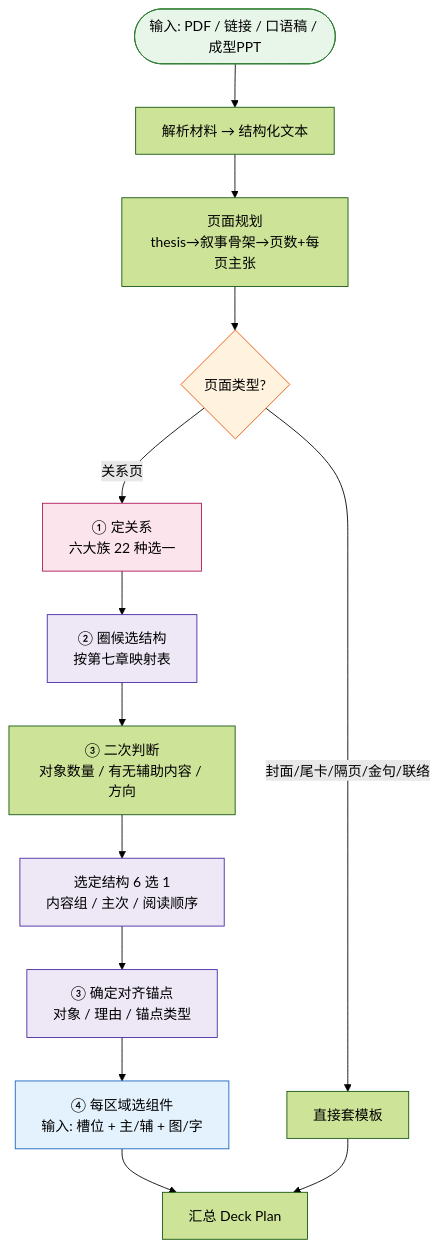
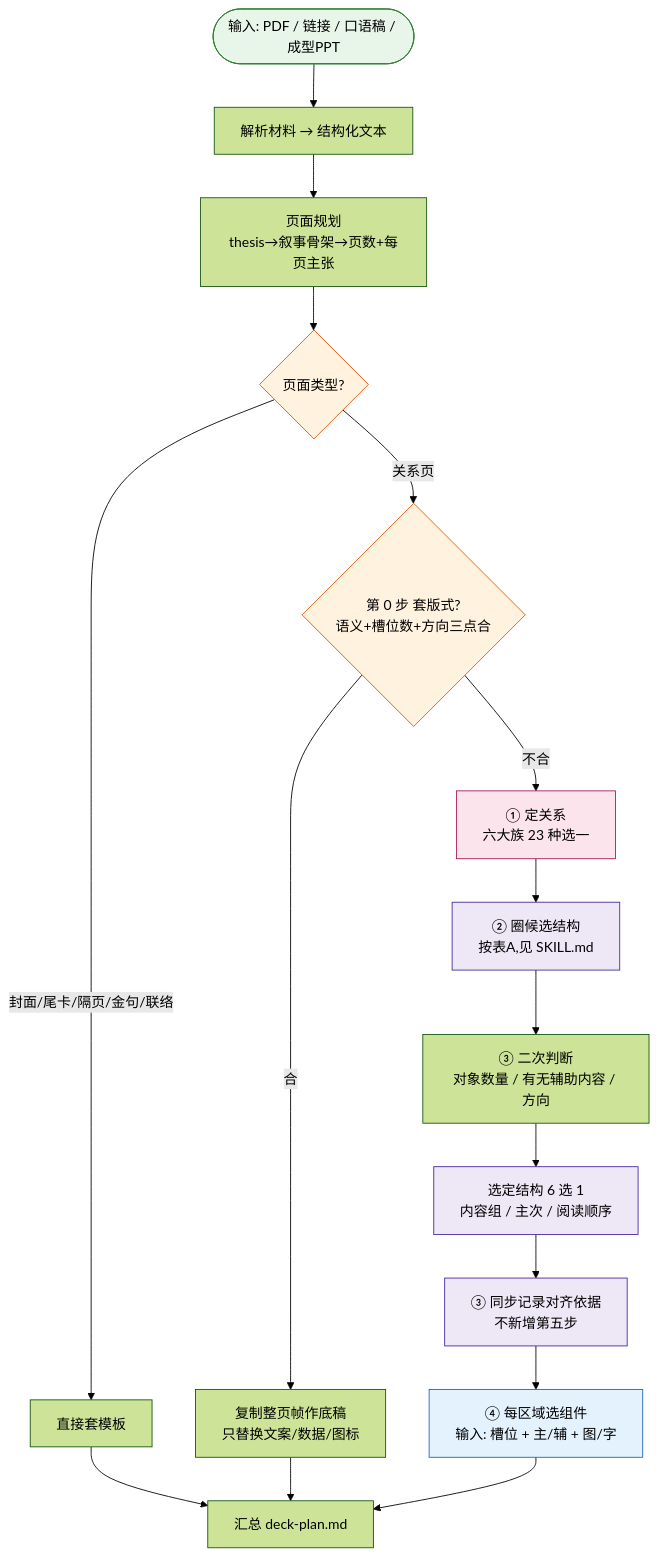
The diagram in skill-design.md (WiseWong6/wise-ppt), drawn with Mermaid (forest theme) before and after one commit. The commit also changed other lines of this file and 339 other files, not shown here.

````diff
--- a/skill-design.md
+++ b/skill-design.md
@@ -10,32 +11,37 @@
 ```mermaid
 flowchart TD
     Start([输入: PDF / 链接 / 口语稿 / 成型PPT]) --> Parse[解析材料 → 结构化文本]
 
     Parse --> Plan[页面规划<br/>thesis→叙事骨架→页数+每页主张]
 
     Plan --> PType{页面类型?}
     PType -->|"封面/尾卡/隔页/金句/联络"| Template[直接套模板]
-    PType -->|关系页| Relation[① 定关系<br/>六大族 22 种选一]
+    PType -->|关系页| Fit{第 0 步 套版式?<br/>语义+槽位数+方向三点合}
 
-    Relation --> Struct[② 圈候选结构<br/>按第七章映射表]
+    Fit -->|合| CopyFrame[复制整页帧作底稿<br/>只替换文案/数据/图标]
+    Fit -->|不合| Relation[① 定关系<br/>六大族 23 种选一]
+
+    Relation --> Struct[② 圈候选结构<br/>按表A,见 SKILL.md]
 
     Struct --> Judge[③ 二次判断<br/>对象数量 / 有无辅助内容 / 方向]
 
     Judge --> Sel[选定结构 6 选 1<br/>内容组 / 主次 / 阅读顺序]
 
-    Sel --> Align[③ 确定对齐锚点<br/>对象 / 理由 / 锚点类型]
+    Sel --> Align[③ 同步记录对齐依据<br/>不新增第五步]
 
     Align --> Comp[④ 每区域选组件<br/>输入: 槽位 + 主/辅 + 图/字]
 
-    Comp --> Deck[汇总 Deck Plan]
+    Comp --> Deck[汇总 deck-plan.md]
 
     Template --> Deck
+    CopyFrame --> Deck
 
     style Start fill:#e8f5e9,stroke:#2e7d32
     style PType fill:#fff3e0,stroke:#e65100
+    style Fit fill:#fff3e0,stroke:#e65100
     style Relation fill:#fce4ec,stroke:#ad1457
     style Struct fill:#ede7f6,stroke:#4527a0
     style Sel fill:#ede7f6,stroke:#4527a0
     style Align fill:#ede7f6,stroke:#4527a0
     style Comp fill:#e3f2fd,stroke:#1565c0
 ```
````
